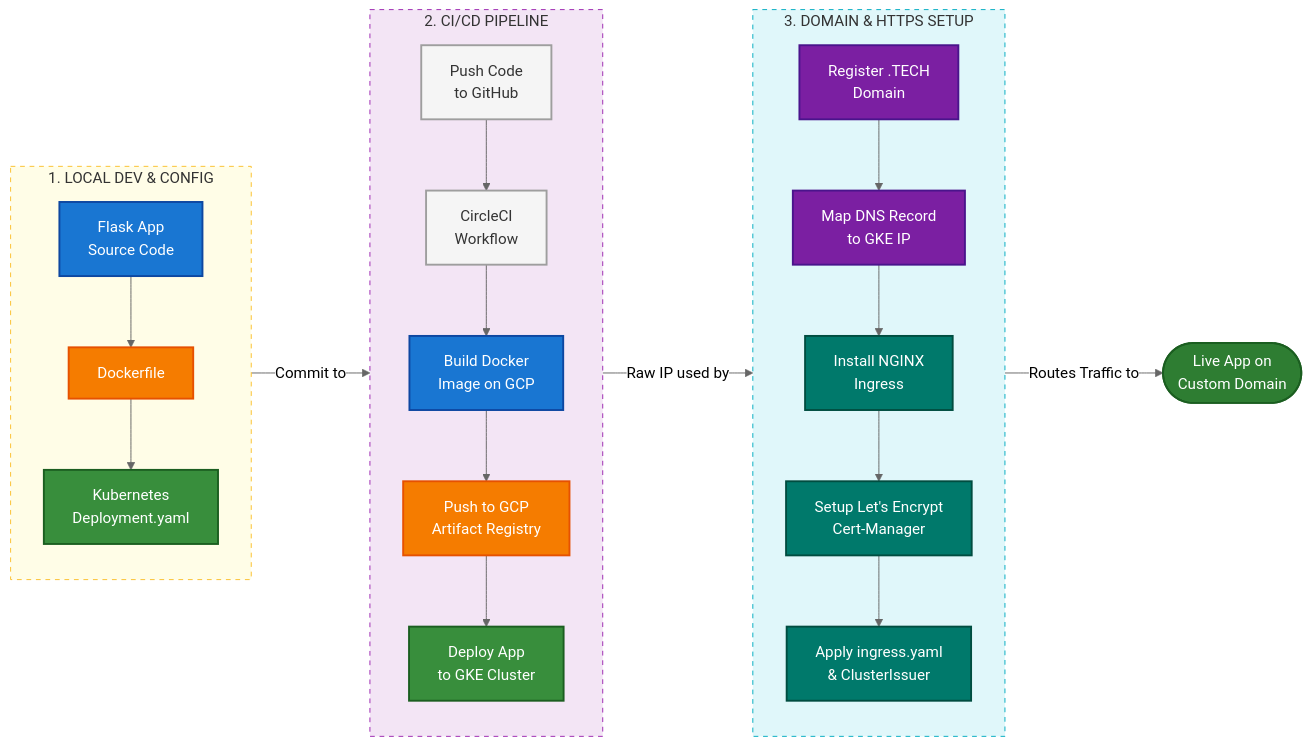
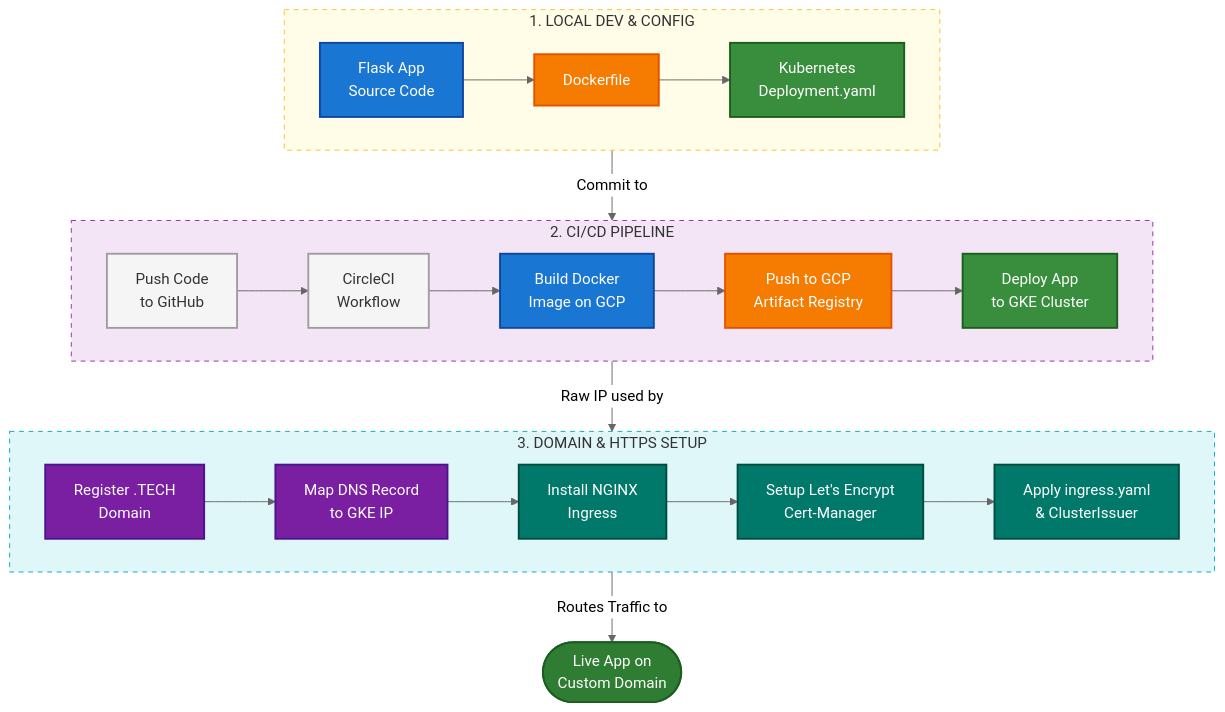
The diagram in README.md (farhanrhine/Celebrity-Face-Detect-AI-Agent), drawn with Mermaid (neutral theme) before and after one commit.

Commit message:
docs: update Mermaid diagram directions for improved readability.

````diff
--- a/README.md
+++ b/README.md
@@ -16,60 +16,60 @@
 ```mermaid
-flowchart LR
+flowchart TD
     %% Define Styles
     classDef blueBox fill:#1976d2,stroke:#0d47a1,stroke-width:2px,color:#fff
     classDef greenBox fill:#388e3c,stroke:#1b5e20,stroke-width:2px,color:#fff
     classDef orangeBox fill:#f57c00,stroke:#e65100,stroke-width:2px,color:#fff
     classDef purpleBox fill:#7b1fa2,stroke:#4a148c,stroke-width:2px,color:#fff
     classDef darkGreenRound fill:#2e7d32,stroke:#1b5e20,stroke-width:2px,color:#fff
     classDef tealBox fill:#00796b,stroke:#004d40,stroke-width:2px,color:#fff
     classDef greyBox fill:#f5f5f5,stroke:#9e9e9e,stroke-width:2px,color:#333
 
     subgraph Phase1 [1. LOCAL DEV & CONFIG]
-        direction TB
+        direction LR
         App[Flask App<br>Source Code]:::blueBox
         Docker[Dockerfile]:::orangeBox
         K8s[Kubernetes<br>Deployment.yaml]:::greenBox
         App --> Docker
         Docker --> K8s
     end
 
     subgraph Phase2 [2. CI/CD PIPELINE]
-        direction TB
+        direction LR
         Git[Push Code<br>to GitHub]:::greyBox
         Circle[CircleCI<br>Workflow]:::greyBox
         Build[Build Docker<br>Image on GCP]:::blueBox
         GAR[Push to GCP<br>Artifact Registry]:::orangeBox
         GKE[Deploy App<br>to GKE Cluster]:::greenBox
 
         Git --> Circle
         Circle --> Build
         Build --> GAR
         GAR --> GKE
     end
 
     subgraph Phase3 [3. DOMAIN & HTTPS SETUP]
-        direction TB
+        direction LR
         Domain[Register .TECH<br>Domain]:::purpleBox
         DNS[Map DNS Record<br>to GKE IP]:::purpleBox
         Nginx[Install NGINX<br>Ingress]:::tealBox
         Cert[Setup Let's Encrypt<br>Cert-Manager]:::tealBox
         Ingress[Apply ingress.yaml<br>& ClusterIssuer]:::tealBox
 
         Domain --> DNS
         DNS --> Nginx
         Nginx --> Cert
         Cert --> Ingress
     end
 
     Live([Live App on<br>Custom Domain]):::darkGreenRound
 
     %% Connections across subgraphs
     K8s --> |Commit to| Git
     GKE --> |Raw IP used by| Domain
     Ingress --> |Routes Traffic to| Live
 
     %% Subgraph Styling
     style Phase1 fill:#fffde7,stroke:#fbc02d,stroke-dasharray: 5 5
     style Phase2 fill:#f3e5f5,stroke:#9c27b0,stroke-dasharray: 5 5
     style Phase3 fill:#e0f7fa,stroke:#00acc1,stroke-dasharray: 5 5
 ```
````
